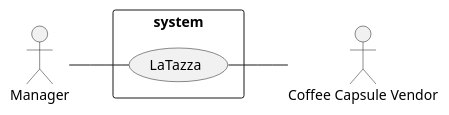
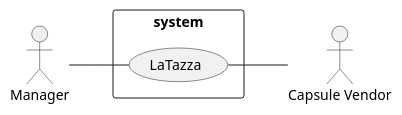
The first of 4 diagrams in requirements.md (eloparco/LaTazza), drawn with PlantUML before and after one commit. The commit also changed other lines of this file, not shown here.

````diff
--- a/requirements.md
+++ b/requirements.md
@@ -54,13 +53,13 @@
 ```plantuml
 left to right direction
 skinparam packageStyle rectangle
 
 actor Manager as m
-actor "Coffee Capsule Vendor" as v
+actor "Capsule Vendor" as v
 
 rectangle system {
     (LaTazza) as lt
     m -- lt
     lt -- v
 }
 ```
````
